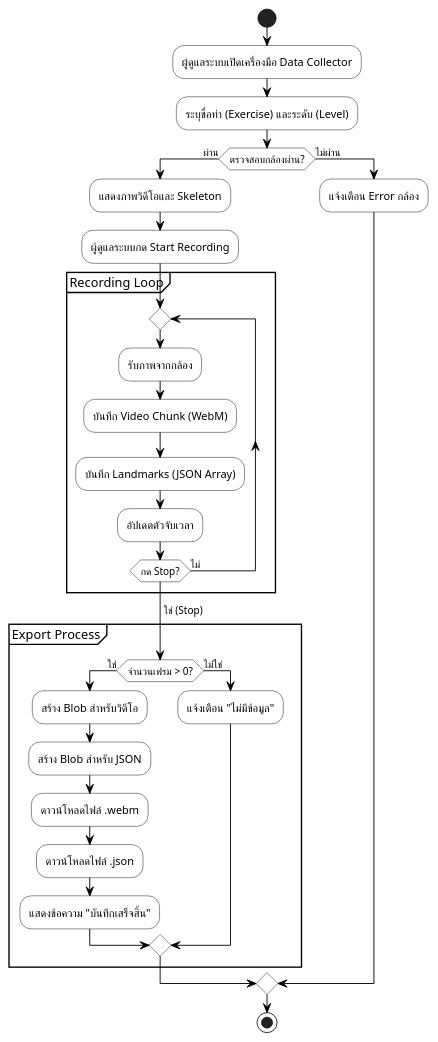
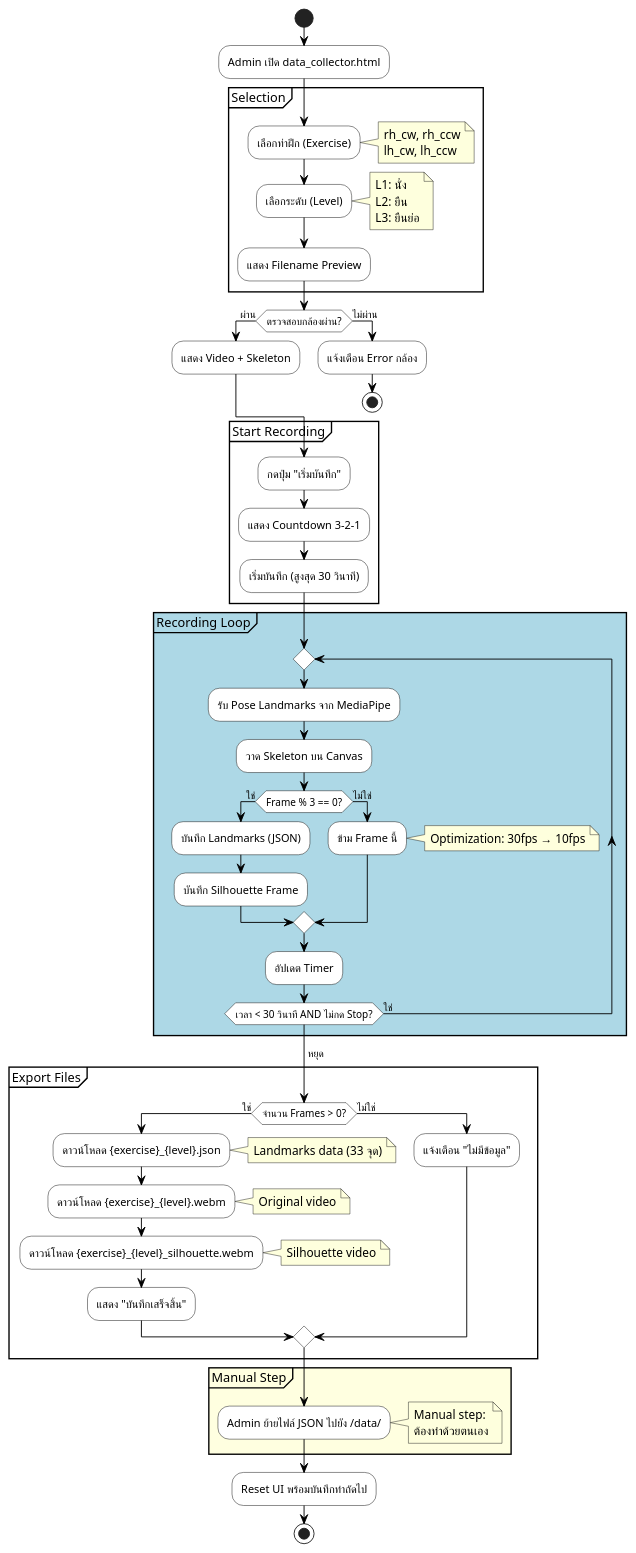
Before and after one commit to vyut/TaijiFlow: the diagram in docs/diagrams/ActivityDiagram_UC06.wsd, drawn with PlantUML. The commit also changed 7 other files, not shown here.

Commit message:
Fixed another diagrams (usecase, activity)

```diff
--- a/docs/diagrams/ActivityDiagram_UC06.wsd
+++ b/docs/diagrams/ActivityDiagram_UC06.wsd
@@ -1,43 +1,99 @@
 @startuml TaijiFlow_Activity_Diagram_UC06
+' ============================================================================
+' TaijiFlow AI - Activity Diagram: UC-06 Manage Reference Data
+' ============================================================================
+' Use Case: บันทึกข้อมูลท่าต้นแบบ (Reference Data Collection)
+' Actor: Admin/Instructor (ผู้เชี่ยวชาญ)
+' Tool: data_collector.html
+' ============================================================================
+
 skinparam defaultFontName "sarabun"
 skinparam activity {
     BackgroundColor White
     BorderColor Black
     ArrowColor Black
 }
 
 start
-:ผู้ดูแลระบบเปิดเครื่องมือ Data Collector;
-:ระบุชื่อท่า (Exercise) และระดับ (Level);
+
+:Admin เปิด data_collector.html;
+
+partition "Selection" {
+    :เลือกท่าฝึก (Exercise);
+    note right
+        rh_cw, rh_ccw
+        lh_cw, lh_ccw
+    end note
+    
+    :เลือกระดับ (Level);
+    note right
+        L1: นั่ง
+        L2: ยืน
+        L3: ยืนย่อ
+    end note
+    
+    :แสดง Filename Preview;
+}
 
 if (ตรวจสอบกล้องผ่าน?) then (ผ่าน)
-    :แสดงภาพวิดีโอและ Skeleton;
-    :ผู้ดูแลระบบกด Start Recording;
-    
-    partition "Recording Loop" {
-        repeat
-            :รับภาพจากกล้อง;
-            :บันทึก Video Chunk (WebM);
-            :บันทึก Landmarks (JSON Array);
-            :อัปเดตตัวจับเวลา;
-        repeat while (กด Stop?) is (ไม่)
-        -> ใช่ (Stop);
-    }
-
-    partition "Export Process" {
-        if (จำนวนเฟรม > 0?) then (ใช่)
-            :สร้าง Blob สำหรับวิดีโอ;
-            :สร้าง Blob สำหรับ JSON;
-            :ดาวน์โหลดไฟล์ .webm;
-            :ดาวน์โหลดไฟล์ .json;
-            :แสดงข้อความ "บันทึกเสร็จสิ้น";
-        else (ไม่ใช่)
-            :แจ้งเตือน "ไม่มีข้อมูล";
-        endif
-    }
+    :แสดง Video + Skeleton;
 else (ไม่ผ่าน)
     :แจ้งเตือน Error กล้อง;
+    stop
 endif
 
+partition "Start Recording" {
+    :กดปุ่ม "เริ่มบันทึก";
+    :แสดง Countdown 3-2-1;
+    :เริ่มบันทึก (สูงสุด 30 วินาที);
+}
+
+partition "Recording Loop" #LightBlue {
+    repeat
+        :รับ Pose Landmarks จาก MediaPipe;
+        :วาด Skeleton บน Canvas;
+        
+        if (Frame % 3 == 0?) then (ใช่)
+            :บันทึก Landmarks (JSON);
+            :บันทึก Silhouette Frame;
+        else (ไม่ใช่)
+            :ข้าม Frame นี้;
+            note right: Optimization: 30fps → 10fps
+        endif
+        
+        :อัปเดต Timer;
+        
+    repeat while (เวลา < 30 วินาที AND ไม่กด Stop?) is (ใช่)
+    -> หยุด;
+}
+
+partition "Export Files" {
+    if (จำนวน Frames > 0?) then (ใช่)
+        :ดาวน์โหลด {exercise}_{level}.json;
+        note right: Landmarks data (33 จุด)
+        
+        :ดาวน์โหลด {exercise}_{level}.webm;
+        note right: Original video
+        
+        :ดาวน์โหลด {exercise}_{level}_silhouette.webm;
+        note right: Silhouette video
+        
+        :แสดง "บันทึกเสร็จสิ้น";
+    else (ไม่ใช่)
+        :แจ้งเตือน "ไม่มีข้อมูล";
+    endif
+}
+
+partition "Manual Step" #LightYellow {
+    :Admin ย้ายไฟล์ JSON ไปยัง /data/;
+    note right
+        Manual step:
+        ต้องทำด้วยตนเอง
+    end note
+}
+
+:Reset UI พร้อมบันทึกท่าถัดไป;
+
 stop
+
 @enduml
```
